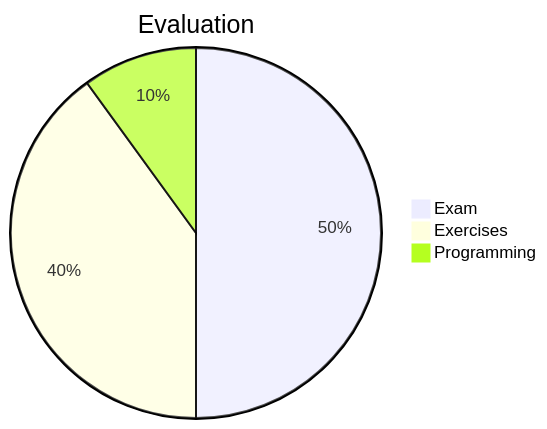
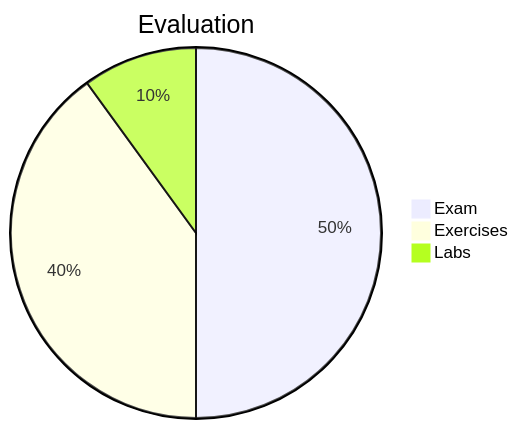
One commit to ChenZhongPu/data-structure-swufe changed the fourth of 4 diagrams in slides-web/week0.md. Above: the diagram before and after it, drawn with Mermaid. The commit also changed other lines of this file and 9 other files, not shown here.

````diff
--- a/slides-web/week0.md
+++ b/slides-web/week0.md
@@ -316,6 +298,6 @@
 ```mermaid {scale: 0.8}
 pie title Evaluation
     "Exam" : 50
     "Exercises" : 40
-    "Programming": 10
+    "Labs": 10
 ```
````
